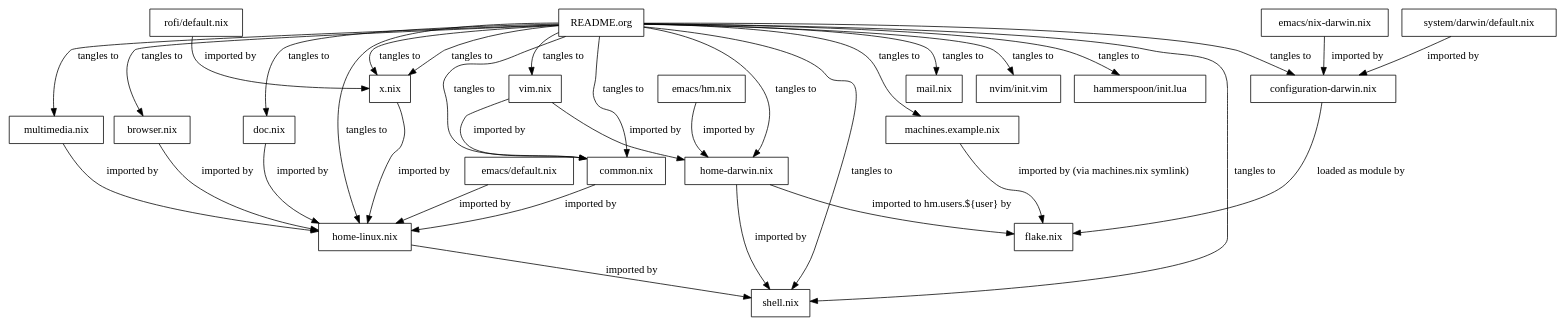
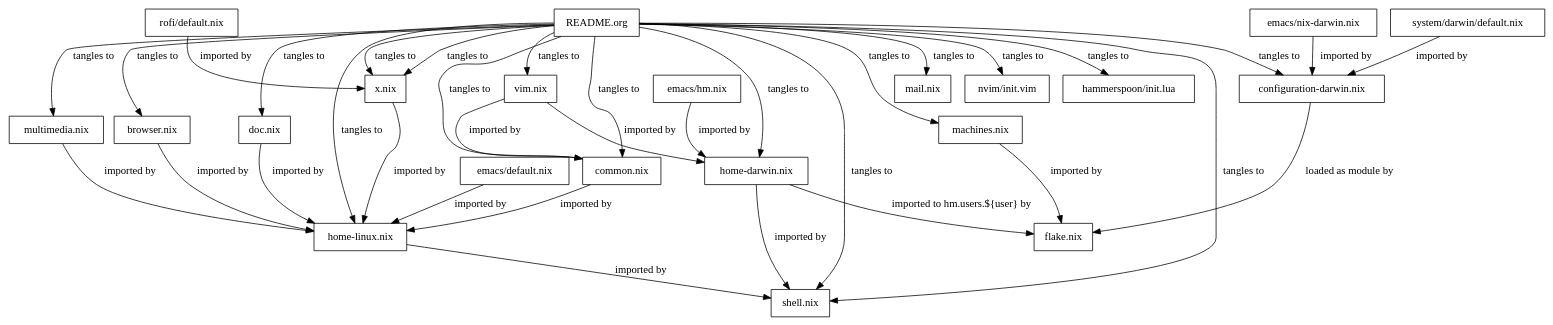
The diagram in README.org (vidbina/dotfiles), drawn with Graphviz before and after one commit. The commit also changed other lines of this file and 3 other files, not shown here.

Commit message:
refactor: machines.example.nix -> machines.nix

```diff
--- a/README.org
+++ b/README.org
@@ -22,76 +22,76 @@
 #+begin_src dot :file doc/sys-conf-setup.png :exports results
 digraph G {
   node_this [shape=box, label="README.org"]
 
   // not defined in this file but referenced here
   node_emacs_nix_darwin_nix [shape=box, label="emacs/nix-darwin.nix"]
   node_emacs_hm_nix [shape=box, label="emacs/hm.nix"]
   node_emacs_default_nix [shape=box, label="emacs/default.nix"]
   node_rofi_default_nix [shape=box, label="rofi/default.nix"]
   node_system_darwin_default_nix [shape=box, label="system/darwin/default.nix"]
   node_flake_nix [shape=box, label="flake.nix"]
 
   // defined in this file
   node_common_nix [shape=box, label="common.nix"]
   node_shell_nix [shape=box, label="shell.nix"]
   node_x_nix [shape=box, label="x.nix"]
   node_mail_nix [shape=box, label="mail.nix"]
-  node_machines_example_nix [shape=box, label="machines.example.nix"]
+  node_machines_nix [shape=box, label="machines.nix"]
   node_vim_nix [shape=box, label="vim.nix"]
   node_multimedia_nix [shape=box, label="multimedia.nix"]
   node_browser_nix [shape=box, label="browser.nix"]
   node_doc_nix [shape=box, label="doc.nix"]
 
   node_home_darwin_nix [shape=box, label="home-darwin.nix"]
   node_home_linux_nix [shape=box, label="home-linux.nix"]
   node_configuration_darwin_nix [shape=box, label="configuration-darwin.nix"]
 
   node_nvim_init_vim [shape=box, label="nvim/init.vim"]
   node_hammerspoon_init_lua [shape=box, label="hammerspoon/init.lua"]
 
   node_this -> node_common_nix [label="tangles to"]
   node_this -> node_shell_nix [label="tangles to"]
   node_this -> node_x_nix [label="tangles to"]
   node_this -> node_common_nix [label="tangles to"]
   node_this -> node_shell_nix [label="tangles to"]
   node_this -> node_x_nix [label="tangles to"]
   node_this -> node_mail_nix [label="tangles to"]
   node_this -> node_vim_nix [label="tangles to"]
   node_this -> node_multimedia_nix [label="tangles to"]
   node_this -> node_browser_nix [label="tangles to"]
   node_this -> node_doc_nix [label="tangles to"]
   node_this -> node_home_darwin_nix [label="tangles to"]
   node_this -> node_home_linux_nix [label="tangles to"]
   node_this -> node_nvim_init_vim [label="tangles to"]
   node_this -> node_hammerspoon_init_lua [label="tangles to"]
   node_this -> node_configuration_darwin_nix [label="tangles to"]
 
   node_vim_nix -> node_common_nix [label="imported by"]
 
-  node_this -> node_machines_example_nix [label="tangles to"]
-  node_machines_example_nix -> node_flake_nix [label="imported by (via machines.nix symlink)"]
+  node_this -> node_machines_nix [label="tangles to"]
+  node_machines_nix -> node_flake_nix [label="imported by"]
   node_vim_nix -> node_home_darwin_nix [label="imported by"]
   node_emacs_hm_nix -> node_home_darwin_nix [label="imported by"]
 
   node_common_nix -> node_home_linux_nix [label="imported by"]
   node_doc_nix -> node_home_linux_nix [label="imported by"]
   node_browser_nix -> node_home_linux_nix [label="imported by"]
   node_x_nix -> node_home_linux_nix [label="imported by"]
   node_multimedia_nix -> node_home_linux_nix [label="imported by"]
   node_emacs_default_nix -> node_home_linux_nix [label="imported by"]
 
   node_rofi_default_nix -> node_x_nix [label="imported by"]
 
   node_emacs_nix_darwin_nix -> node_configuration_darwin_nix [label="imported by"]
   node_system_darwin_default_nix -> node_configuration_darwin_nix [label="imported by"]
 
   node_home_linux_nix -> node_shell_nix [label="imported by"]
   node_home_darwin_nix -> node_shell_nix [label="imported by"]
 
   node_configuration_darwin_nix -> node_flake_nix [label="loaded as module by"]
   node_home_darwin_nix -> node_flake_nix [label="imported to hm.users.${user} by"]
   // node_this -> node_default_nix [label="tangles to", style=dotted]
   // node_this -> node_default_darwin_nix [label="tangles to", style=dotted]
   // node_personal_example -> node_personal [style=dotted]
 }
 #+end_src
```
